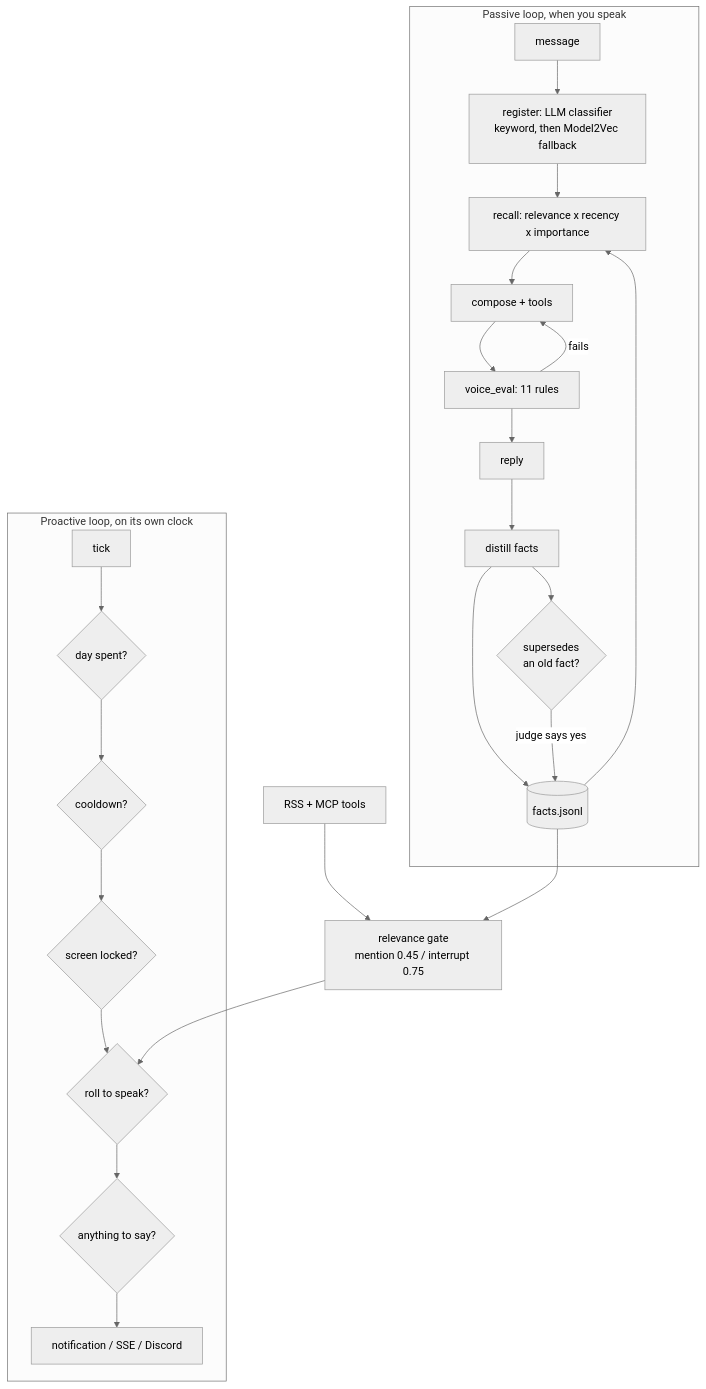
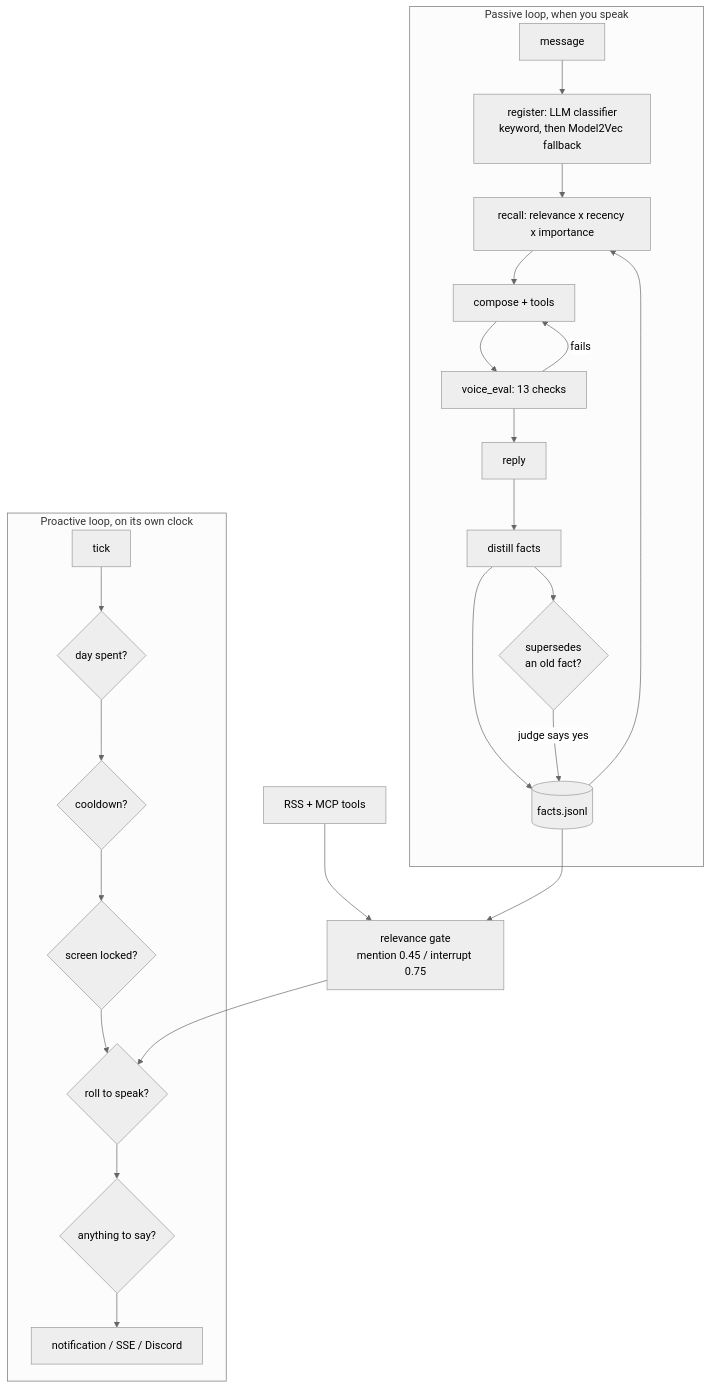
The diagram in README.md (Jessego5/the-keeper), drawn with Mermaid (neutral theme) before and after one commit. The commit also changed other lines of this file and 104 other files, not shown here.

````diff
--- a/README.md
+++ b/README.md
@@ -124,23 +152,23 @@
 ```mermaid
 flowchart TB
     subgraph passive["Passive loop, when you speak"]
         M[message] --> REG[register: LLM classifier<br/>keyword, then Model2Vec fallback]
         REG --> REC[recall: relevance x recency x importance]
         REC --> GEN[compose + tools]
-        GEN --> VE[voice_eval: 11 rules]
+        GEN --> VE[voice_eval: 13 checks]
         VE -->|fails| GEN
         VE --> REPLY[reply]
         REPLY --> DIS[distill facts] --> STORE[(facts.jsonl)]
         DIS --> SUP{supersedes<br/>an old fact?}
         SUP -->|judge says yes| STORE
     end
     subgraph proactive["Proactive loop, on its own clock"]
         TICK[tick] --> G1{day spent?} --> G2{cooldown?} --> G3{screen locked?}
         G3 --> G4{roll to speak?} --> G5{anything to say?}
         G5 --> OUT[notification / SSE / Discord]
     end
     SRC[RSS + MCP tools] --> REL[relevance gate<br/>mention 0.45 / interrupt 0.75]
     REL --> G4
     STORE --> REC
     STORE --> REL
 ```
````
